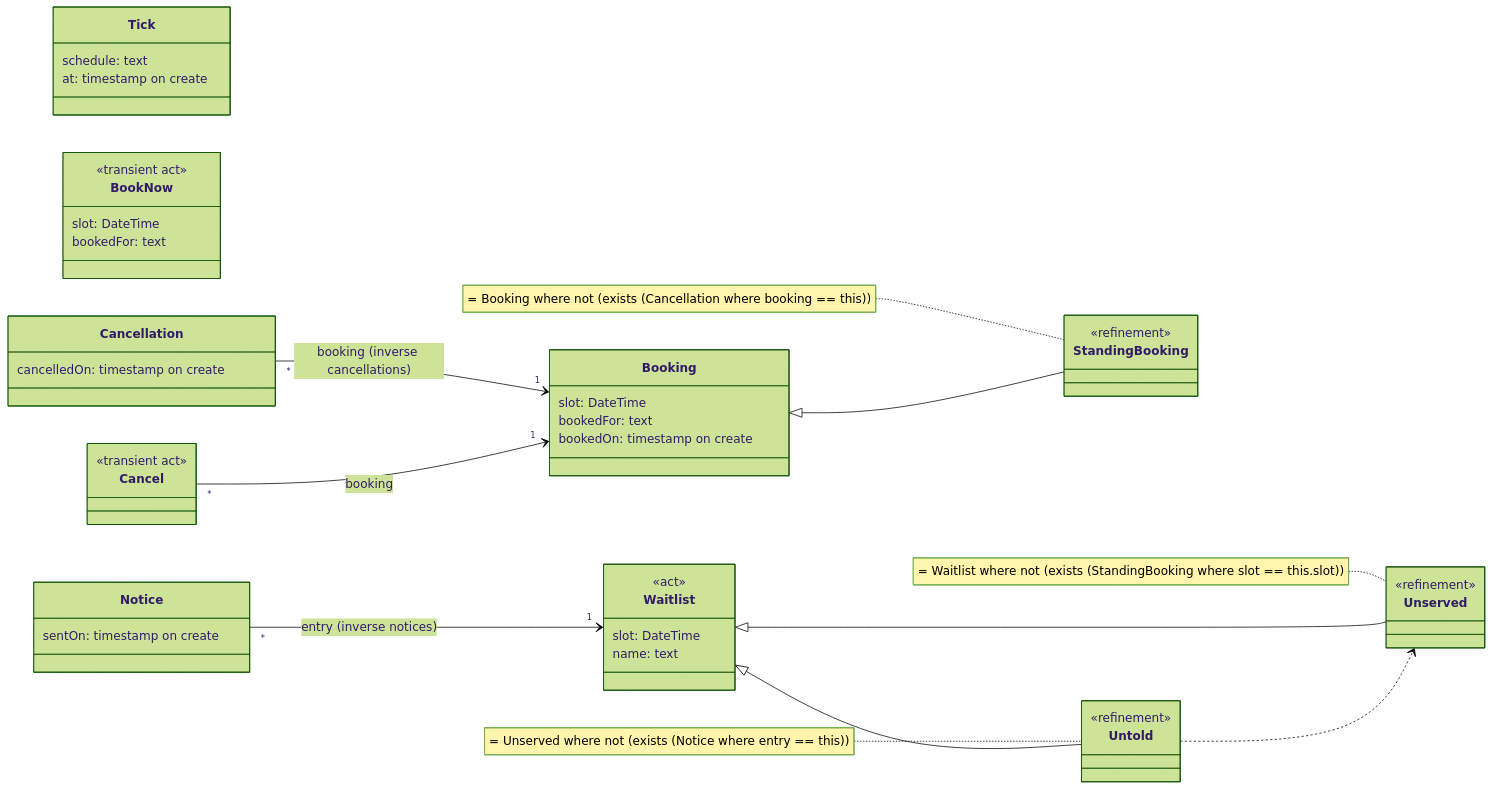
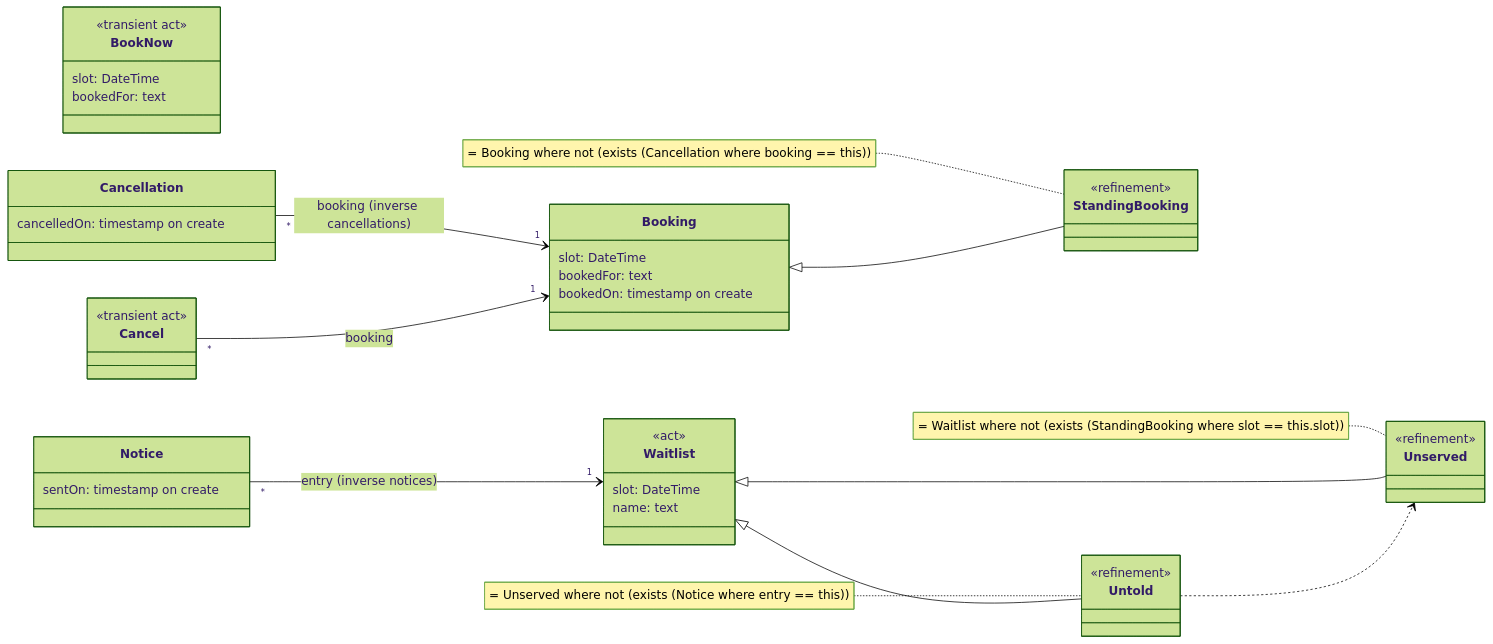
The first of 7 diagrams in examples/bookings/output/DIAGRAMS-Bookings.md (daveclay/velle), drawn with Mermaid (forest theme) before and after one commit. The commit also changed 96 other files, not shown here.

First line of the commit message:
OQ147 settled: Velle keeps the moment each schedule last ran, and a tick is not a record

````diff
--- a/examples/bookings/output/DIAGRAMS-Bookings.md
+++ b/examples/bookings/output/DIAGRAMS-Bookings.md
@@ -9,51 +9,47 @@
 ```mermaid
 classDiagram
     direction LR
-    class Tick {
-        schedule: text
-        at: timestamp on create
-    }
     class BookNow {
         <<transient act>>
         slot: DateTime
         bookedFor: text
     }
     class Booking {
         slot: DateTime
         bookedFor: text
         bookedOn: timestamp on create
     }
     class Cancellation {
         cancelledOn: timestamp on create
     }
     class Cancel {
         <<transient act>>
     }
     class Waitlist {
         <<act>>
         slot: DateTime
         name: text
     }
     class Notice {
         sentOn: timestamp on create
     }
     Cancellation "*" --> "1" Booking : booking (inverse cancellations)
     Cancel "*" --> "1" Booking : booking
     Notice "*" --> "1" Waitlist : entry (inverse notices)
     class StandingBooking {
         <<refinement>>
     }
     Booking <|-- StandingBooking
     note for StandingBooking "= Booking where not (exists (Cancellation where booking == this))"
     class Unserved {
         <<refinement>>
     }
     Waitlist <|-- Unserved
     note for Unserved "= Waitlist where not (exists (StandingBooking where slot == this.slot))"
     class Untold {
         <<refinement>>
     }
     Waitlist <|-- Untold
     Untold ..> Unserved
     note for Untold "= Unserved where not (exists (Notice where entry == this))"
 ```
````
